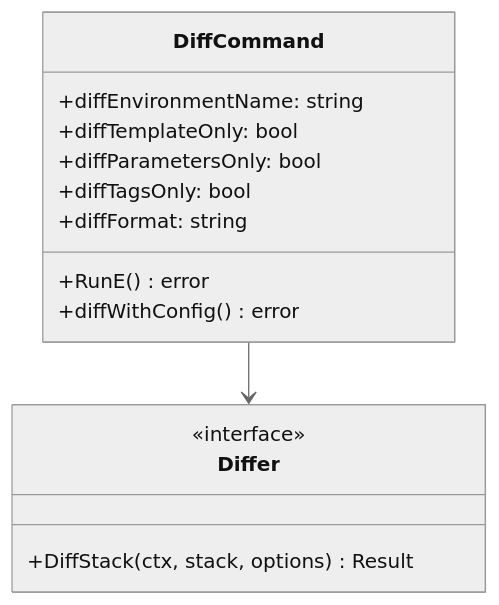
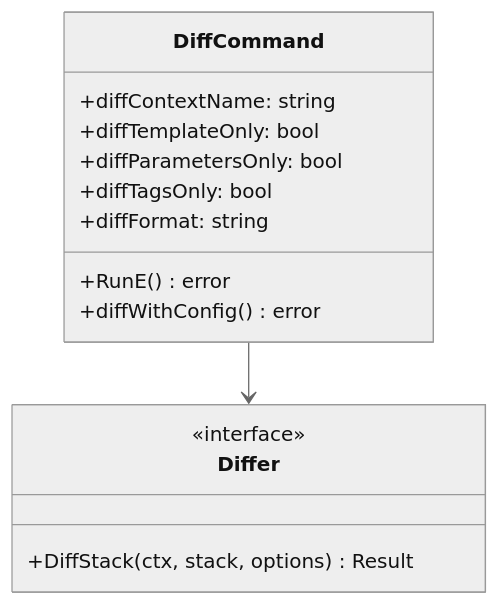
One commit to orien/stackaroo changed the second of 10 diagrams in docs/architecture/diff.md. Above: the diagram before and after it, drawn with Mermaid (neutral theme). The commit also changed other lines of this file and 10 other files, not shown here.

First line of the commit message:
Rename environment flag to context in deploy and diff commands

````diff
--- a/docs/architecture/diff.md
+++ b/docs/architecture/diff.md
@@ -62,19 +62,19 @@
 ```mermaid
 classDiagram
     class DiffCommand {
-        +diffEnvironmentName: string
+        +diffContextName: string
         +diffTemplateOnly: bool
         +diffParametersOnly: bool
         +diffTagsOnly: bool
         +diffFormat: string
         +RunE() error
         +diffWithConfig() error
     }
     
     class Differ {
         <<interface>>
         +DiffStack(ctx, stack, options) Result
     }
     
     DiffCommand --> Differ
 ```
````
